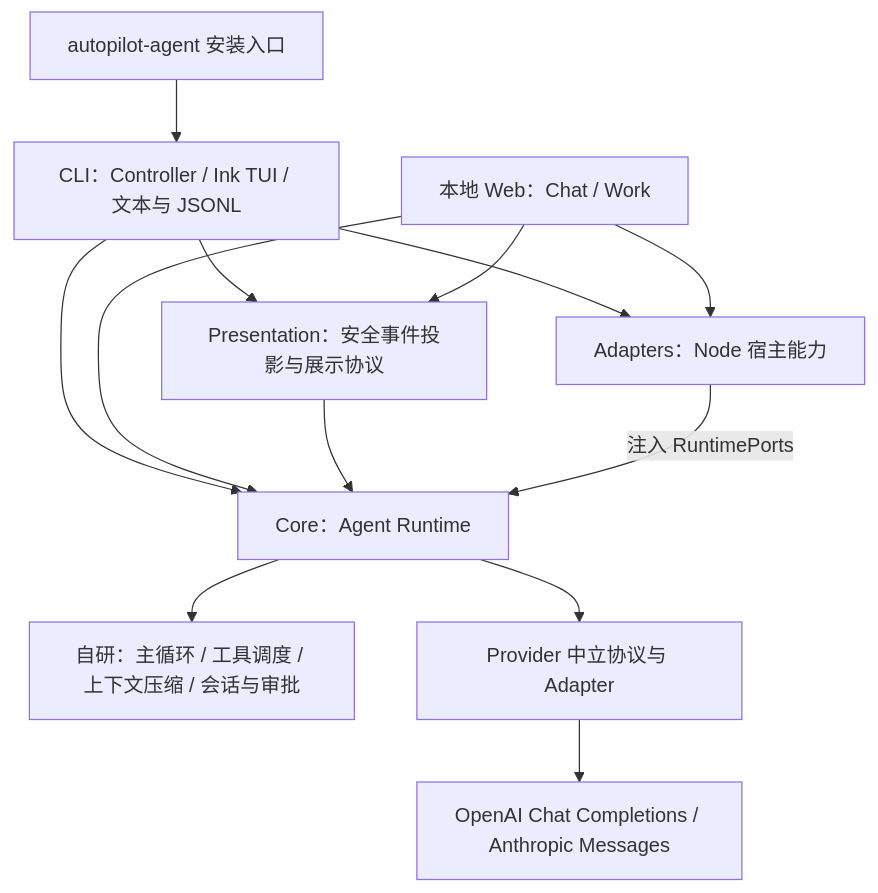
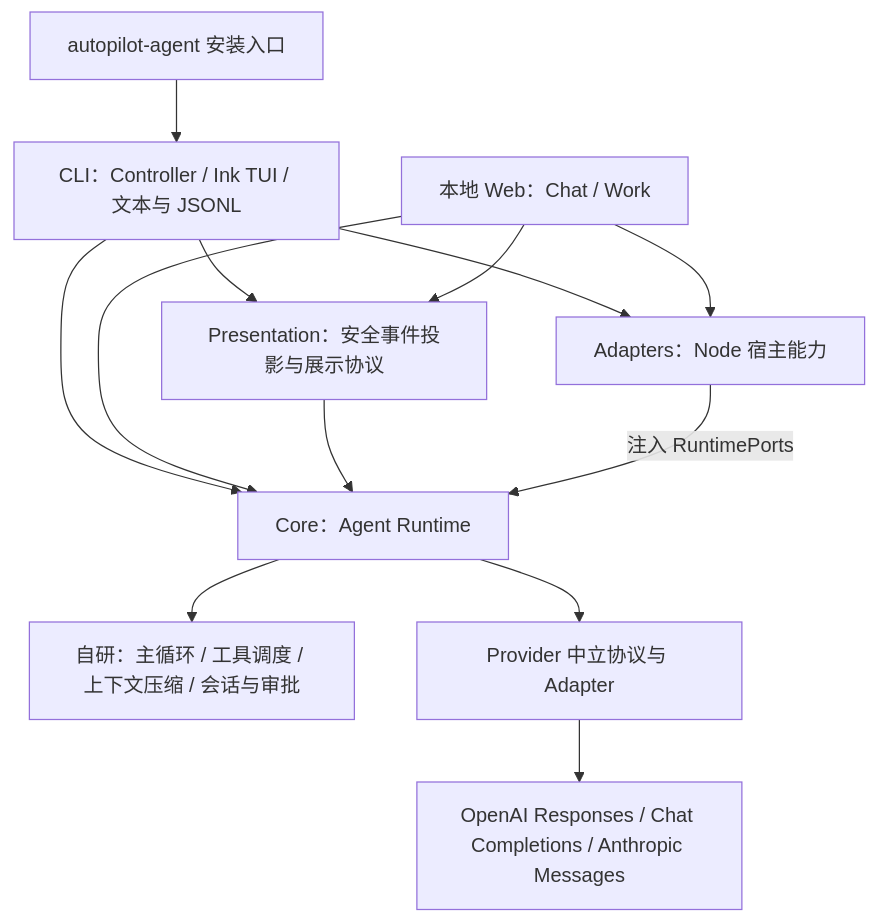
The diagram in README.md (C-Clay-W/autopilot), drawn with Mermaid before and after one commit. The commit also changed other lines of this file and 338 other files, not shown here.

````diff
--- a/README.md
+++ b/README.md
@@ -32,15 +32,15 @@
 ```mermaid
 flowchart TB
   entry[autopilot-agent 安装入口] --> cli[CLI：Controller / Ink TUI / 文本与 JSONL]
   cli --> presentation[Presentation：安全事件投影与展示协议]
   web[本地 Web：Chat / Work] --> presentation
   cli --> core[Core：Agent Runtime]
   web --> core
   presentation --> core
   core --> kernel[自研：主循环 / 工具调度 / 上下文压缩 / 会话与审批]
   core --> protocol[Provider 中立协议与 Adapter]
-  protocol --> models[OpenAI Chat Completions / Anthropic Messages]
+  protocol --> models[OpenAI Responses / Chat Completions / Anthropic Messages]
   cli --> adapters[Adapters：Node 宿主能力]
   web --> adapters
   adapters -->|注入 RuntimePorts| core
 ```
````
